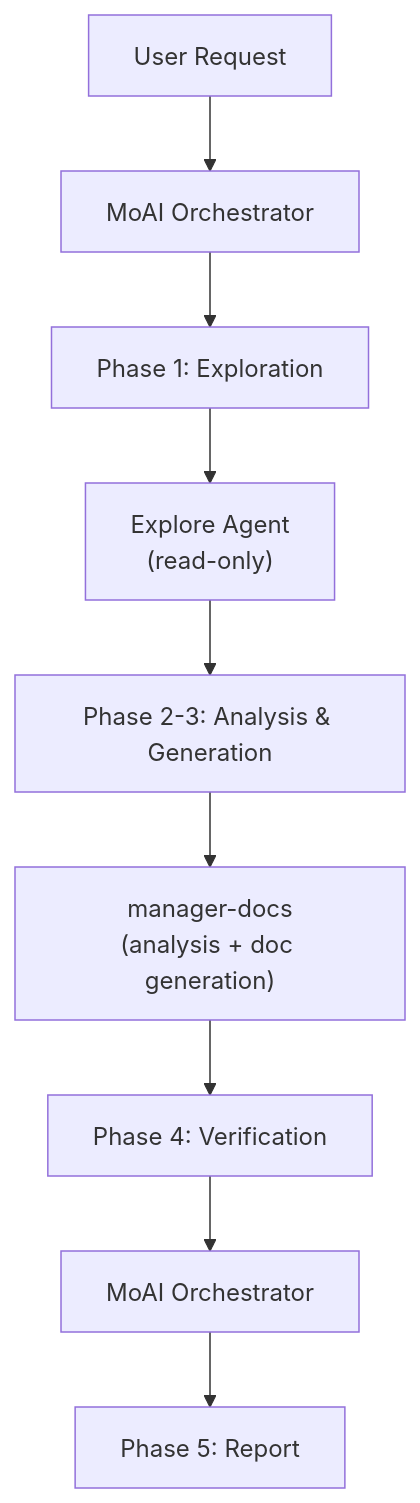
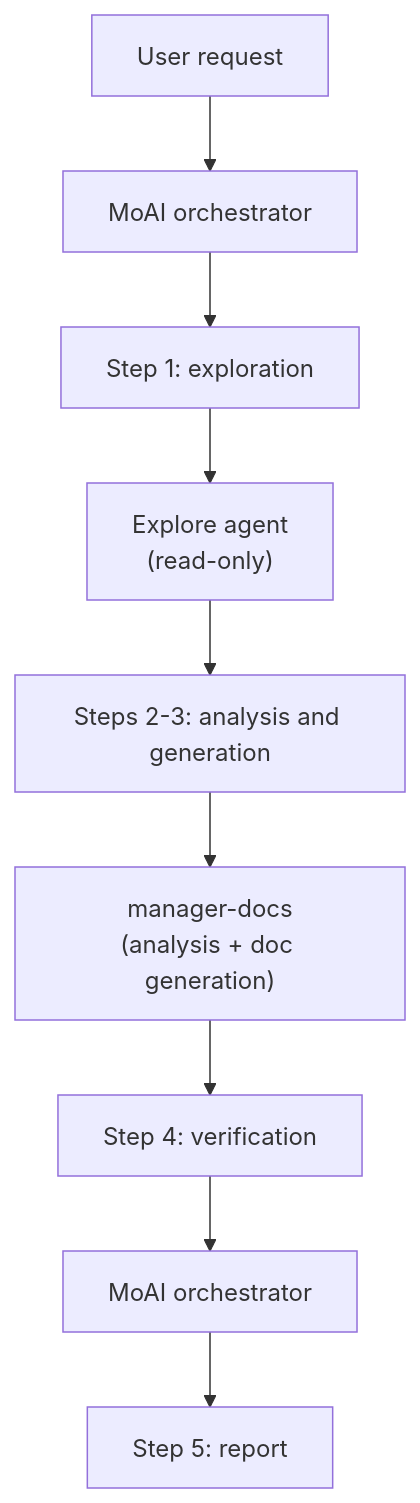
Before and after one commit to modu-ai/moai-adk: the second of 2 diagrams in docs-site/content/en/quality-commands/moai-codemaps.md, drawn with Mermaid. The commit also changed other lines of this file and 395 other files, not shown here.

````diff
--- a/docs-site/content/en/quality-commands/moai-codemaps.md
+++ b/docs-site/content/en/quality-commands/moai-codemaps.md
@@ -182,14 +184,14 @@
 ```mermaid
 flowchart TD
-    User["User Request"] --> MoAI["MoAI Orchestrator"]
-    MoAI --> Phase1["Phase 1: Exploration"]
-    Phase1 --> Explore["Explore Agent<br/>(read-only)"]
+    User["User request"] --> MoAI["MoAI orchestrator"]
+    MoAI --> Phase1["Step 1: exploration"]
+    Phase1 --> Explore["Explore agent<br/>(read-only)"]
 
-    Explore --> Phase23["Phase 2-3: Analysis & Generation"]
+    Explore --> Phase23["Steps 2-3: analysis and generation"]
     Phase23 --> Docs["manager-docs<br/>(analysis + doc generation)"]
 
-    Docs --> Phase4["Phase 4: Verification"]
-    Phase4 --> MoAI2["MoAI Orchestrator"]
+    Docs --> Phase4["Step 4: verification"]
+    Phase4 --> MoAI2["MoAI orchestrator"]
 
-    MoAI2 --> Report["Phase 5: Report"]
+    MoAI2 --> Report["Step 5: report"]
 ```
````
